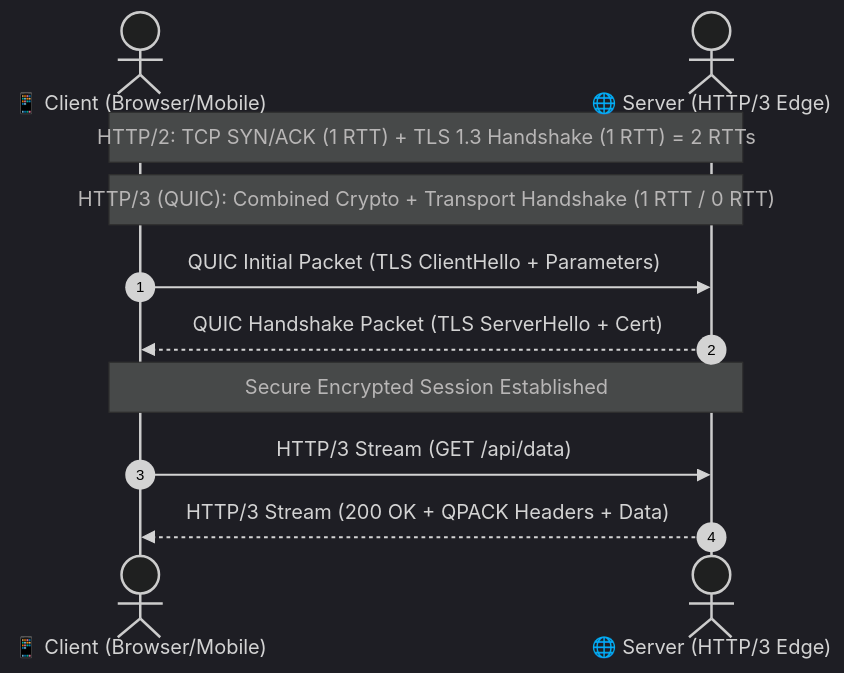
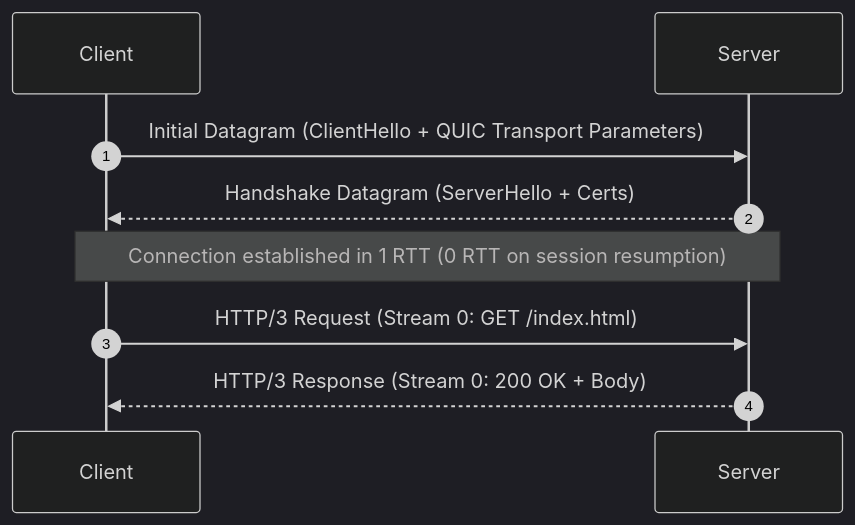
Before and after one commit to Namanbhatt-01/learningfromvaliddoc: the diagram in rfcs/rfc-9114-http3/README.md, drawn with Mermaid (dark theme). The commit also changed other lines of this file and 8 other files, not shown here.

````diff
--- a/rfcs/rfc-9114-http3/README.md
+++ b/rfcs/rfc-9114-http3/README.md
@@ -37,13 +41,9 @@
 ```mermaid
 sequenceDiagram
     autonumber
-    actor Client as 📱 Client (Browser/Mobile)
-    actor Server as 🌐 Server (HTTP/3 Edge)
-    Note over Client,Server: HTTP/2: TCP SYN/ACK (1 RTT) + TLS 1.3 Handshake (1 RTT) = 2 RTTs
-    Note over Client,Server: HTTP/3 (QUIC): Combined Crypto + Transport Handshake (1 RTT / 0 RTT)
-    Client->>Server: QUIC Initial Packet (TLS ClientHello + Parameters)
-    Server-->>Client: QUIC Handshake Packet (TLS ServerHello + Cert)
-    Note over Client,Server: Secure Encrypted Session Established
-    Client->>Server: HTTP/3 Stream (GET /api/data)
-    Server-->>Client: HTTP/3 Stream (200 OK + QPACK Headers + Data)
+    Client->>Server: Initial Datagram (ClientHello + QUIC Transport Parameters)
+    Server-->>Client: Handshake Datagram (ServerHello + Certs)
+    Note over Client,Server: Connection established in 1 RTT (0 RTT on session resumption)
+    Client->>Server: HTTP/3 Request (Stream 0: GET /index.html)
+    Server-->>Client: HTTP/3 Response (Stream 0: 200 OK + Body)
 ```
````
